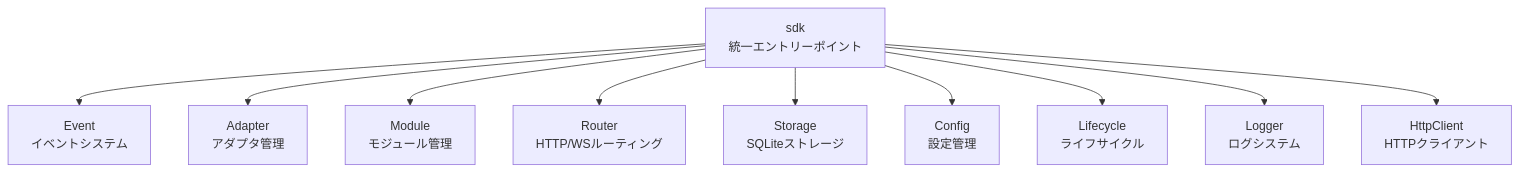
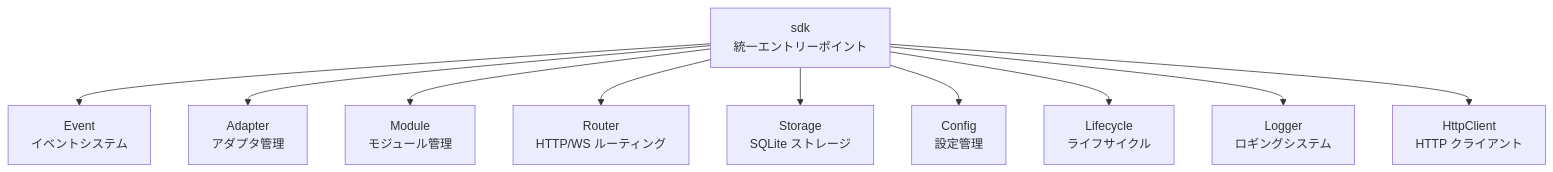
The second of 2 diagrams in README.ja.md (ErisPulse/ErisPulse), drawn with Mermaid before and after one commit. The commit also changed other lines of this file and 251 other files, not shown here.

````diff
--- a/README.ja.md
+++ b/README.ja.md
@@ -504,14 +500,14 @@
 ```mermaid
 graph TB
     SDK["sdk<br/>統一エントリーポイント"]
 
     SDK --> Event["Event<br/>イベントシステム"]
     SDK --> AdapterMgr["Adapter<br/>アダプタ管理"]
     SDK --> ModuleMgr["Module<br/>モジュール管理"]
-    SDK --> Router["Router<br/>HTTP/WSルーティング"]
-    SDK --> Storage["Storage<br/>SQLiteストレージ"]
+    SDK --> Router["Router<br/>HTTP/WS ルーティング"]
+    SDK --> Storage["Storage<br/>SQLite ストレージ"]
     SDK --> Config["Config<br/>設定管理"]
     SDK --> Lifecycle["Lifecycle<br/>ライフサイクル"]
-    SDK --> Logger["Logger<br/>ログシステム"]
-    SDK --> Client["HttpClient<br/>HTTPクライアント"]
+    SDK --> Logger["Logger<br/>ロギングシステム"]
+    SDK --> Client["HttpClient<br/>HTTP クライアント"]
 ```
````
